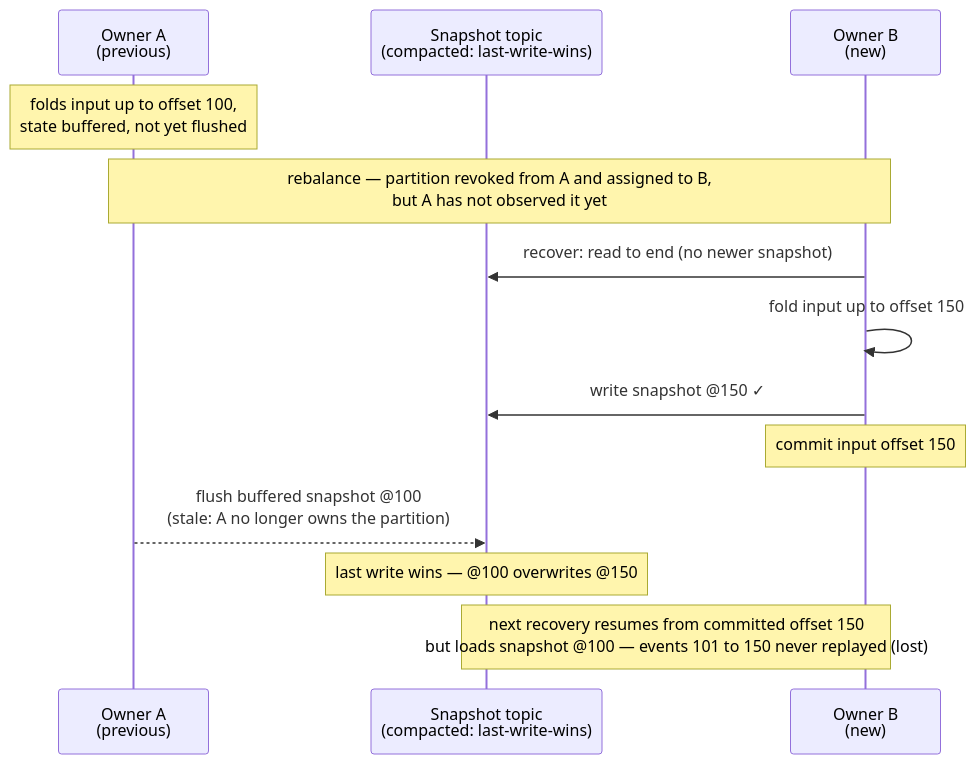
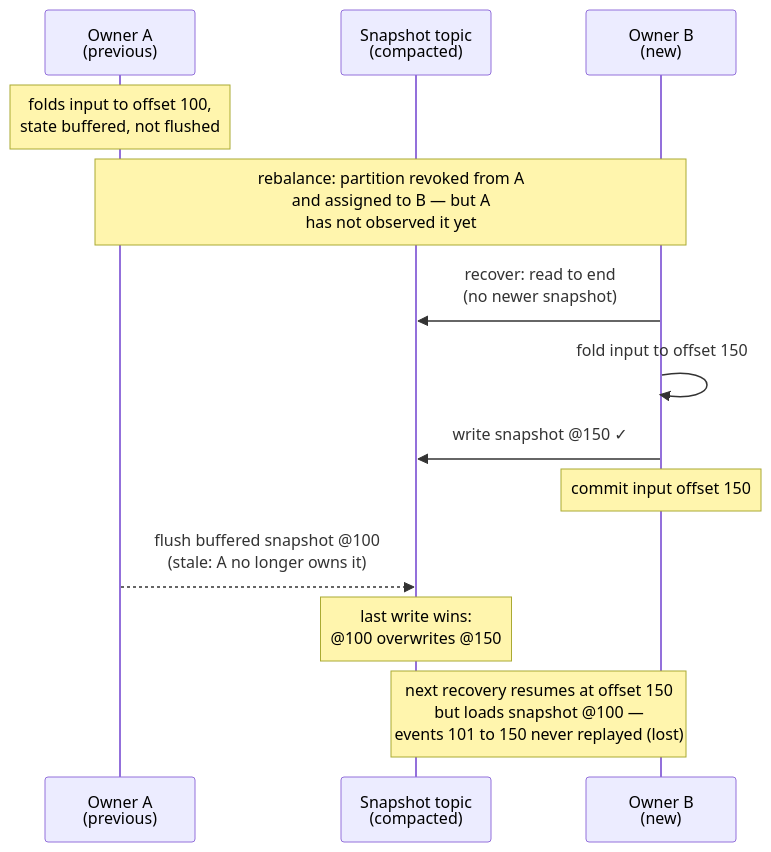
Before and after one commit to evolution-gaming/kafka-flow: the first of 2 diagrams in docs/kafka-single-writer-design.md, drawn with Mermaid. The commit also changed other lines of this file and 3 other files, not shown here.

````diff
--- a/docs/kafka-single-writer-design.md
+++ b/docs/kafka-single-writer-design.md
@@ -22,16 +20,16 @@
 ```mermaid
 sequenceDiagram
     participant A as Owner A<br/>(previous)
-    participant ST as Snapshot topic<br/>(compacted: last-write-wins)
+    participant ST as Snapshot topic<br/>(compacted)
     participant B as Owner B<br/>(new)
 
-    Note over A: folds input up to offset 100,<br/>state buffered, not yet flushed
-    Note over A,B: rebalance — partition revoked from A and assigned to B,<br/>but A has not observed it yet
-    B->>ST: recover: read to end (no newer snapshot)
-    B->>B: fold input up to offset 150
+    Note over A: folds input to offset 100,<br/>state buffered, not flushed
+    Note over A,B: rebalance: partition revoked from A<br/>and assigned to B — but A<br/>has not observed it yet
+    B->>ST: recover: read to end<br/>(no newer snapshot)
+    B->>B: fold input to offset 150
     B->>ST: write snapshot @150 ✓
     Note over B: commit input offset 150
-    A-->>ST: flush buffered snapshot @100<br/>(stale: A no longer owns the partition)
-    Note over ST: last write wins — @100 overwrites @150
-    Note over ST,B: next recovery resumes from committed offset 150<br/>but loads snapshot @100 — events 101 to 150 never replayed (lost)
+    A-->>ST: flush buffered snapshot @100<br/>(stale: A no longer owns it)
+    Note over ST: last write wins:<br/>@100 overwrites @150
+    Note over ST,B: next recovery resumes at offset 150<br/>but loads snapshot @100 —<br/>events 101 to 150 never replayed (lost)
 ```
````
